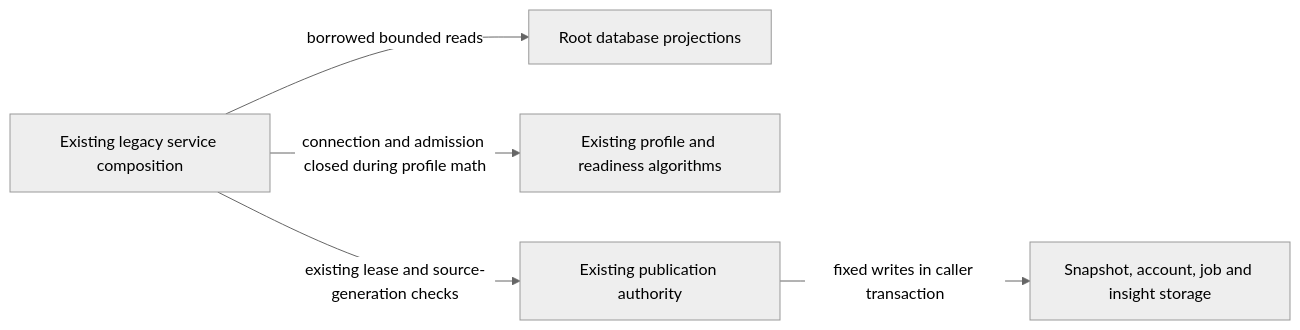
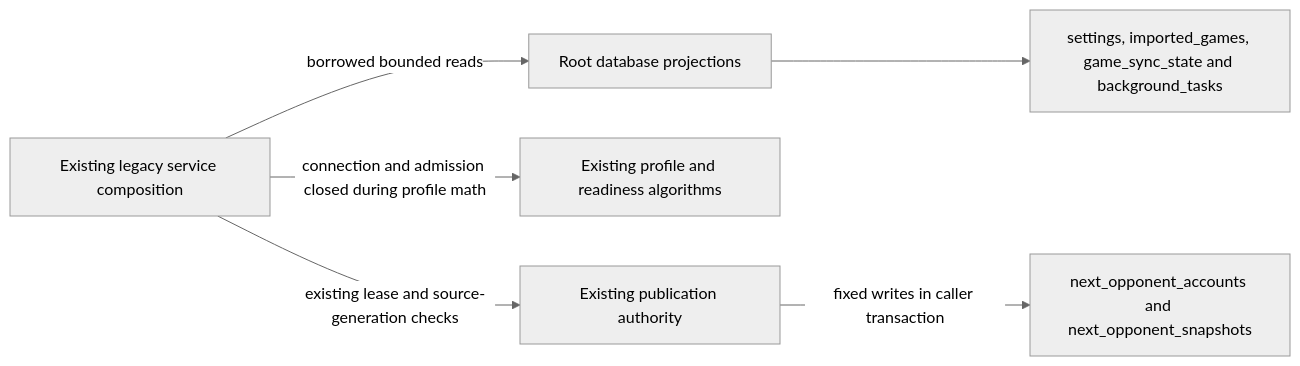
One commit to aaweaver-actuary/tempo changed the diagram in database/tempo_legacy_database/adapters/derived_publications/README.md. Above: the diagram before and after it, drawn with Mermaid (neutral theme). The commit also changed other lines of this file and 19 other files, not shown here.

````diff
--- a/database/tempo_legacy_database/adapters/derived_publications/README.md
+++ b/database/tempo_legacy_database/adapters/derived_publications/README.md
@@ -5,7 +5,8 @@
 ```mermaid
 flowchart LR
   composition[Existing legacy service composition] -->|borrowed bounded reads| projections[Root database projections]
   composition -->|connection and admission closed during profile math| policy[Existing profile and readiness algorithms]
   composition -->|existing lease and source-generation checks| fence[Existing publication authority]
-  fence -->|fixed writes in caller transaction| storage[Snapshot, account, job and insight storage]
+  fence -->|fixed writes in caller transaction| storage["next_opponent_accounts and next_opponent_snapshots"]
+  projections --> sources["settings, imported_games, game_sync_state and background_tasks"]
 ```
````
